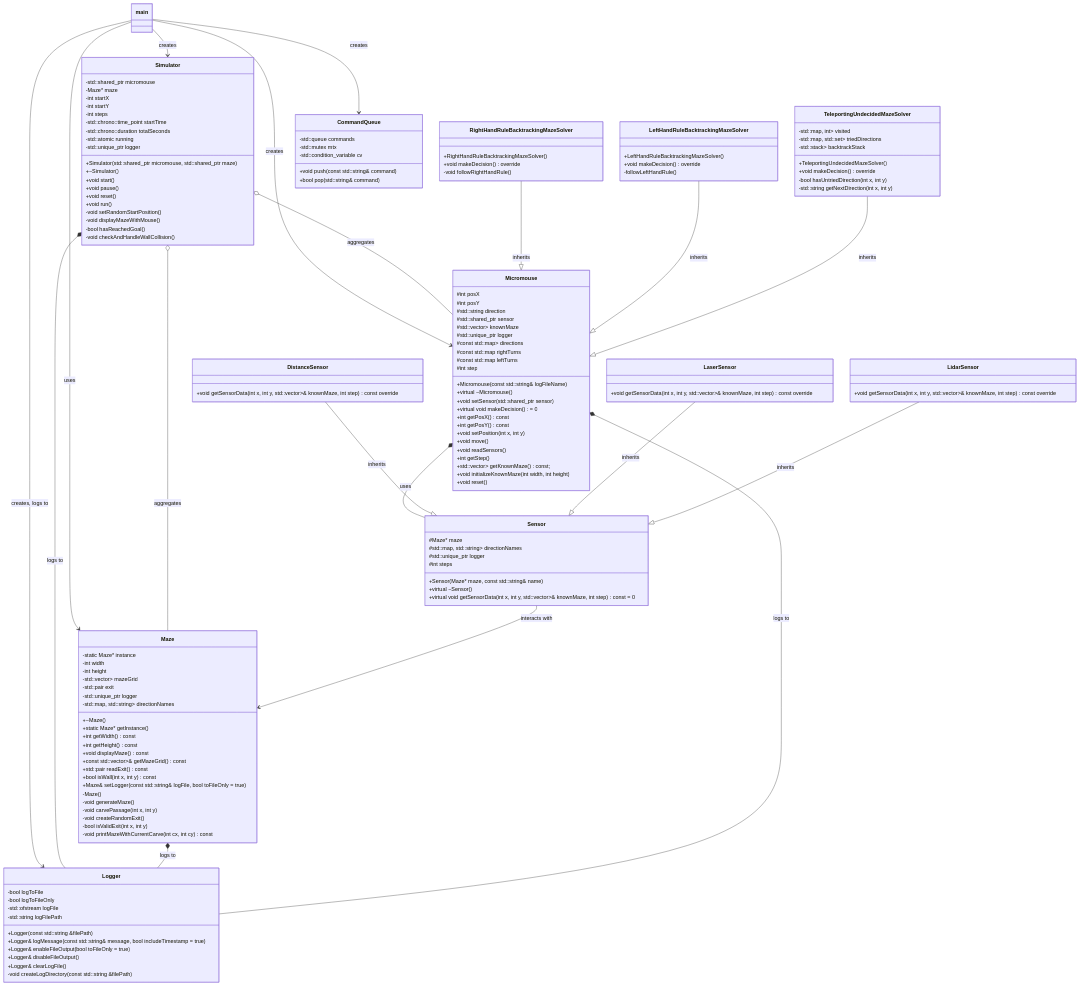
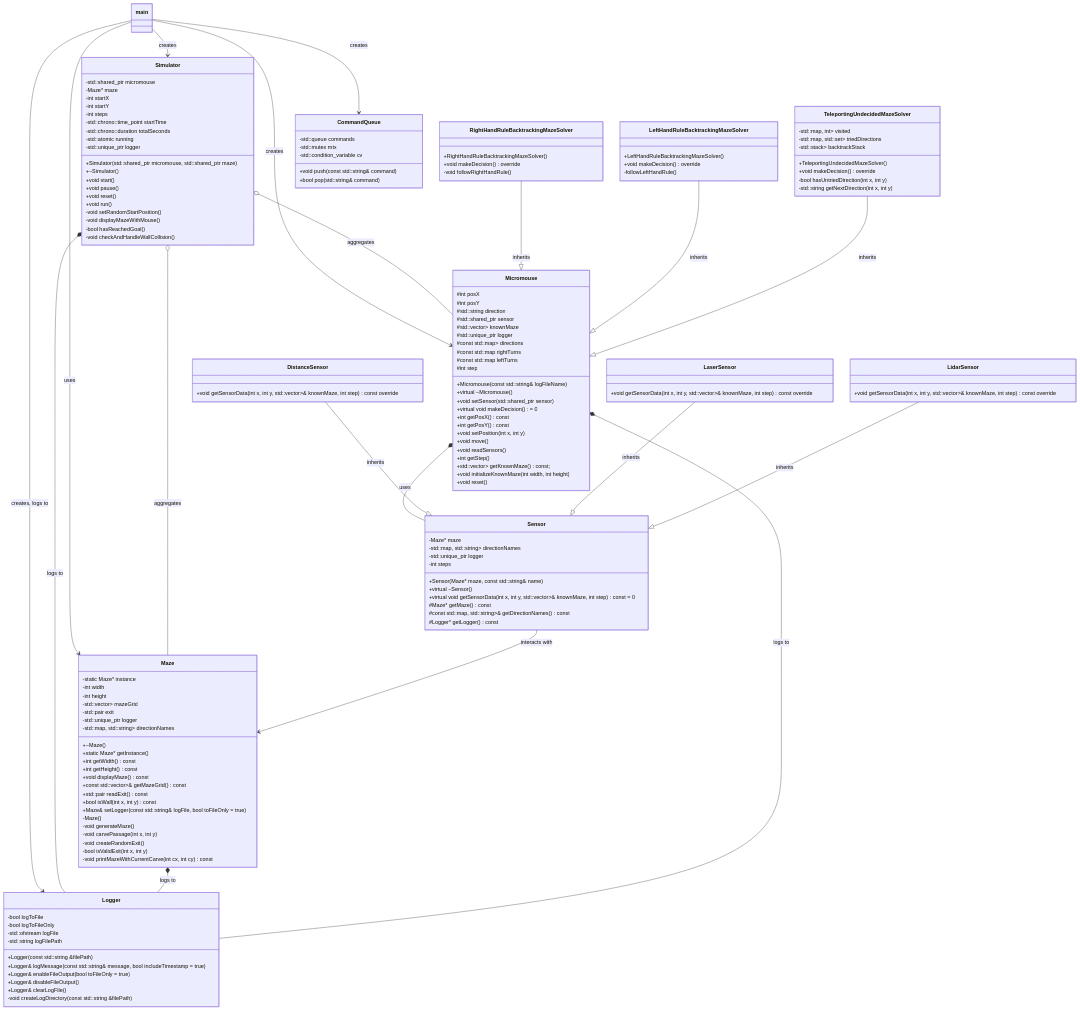
Before and after one commit to Gl0dny/micromouse-simulator: the diagram in README.md, drawn with Mermaid. The commit also changed 2 other files, not shown here.

Commit message:
protected fields -> private fields + getters - Sensor

```diff
--- a/README.md
+++ b/README.md
@@ -285,10 +285,13 @@
         +Sensor(Maze* maze, const std::string& name)
         +virtual ~Sensor()
         +virtual void getSensorData(int x, int y, std::vector<std::vector<int>>& knownMaze, int step) const = 0
-        #Maze* maze
-        #std::map<std::pair<int, int>, std::string> directionNames
-        #std::unique_ptr<Logger> logger
-        #int steps
+        #Maze* getMaze() const
+        #const std::map<std::pair<int, int>, std::string>& getDirectionNames() const
+        #Logger* getLogger() const
+        -Maze* maze
+        -std::map<std::pair<int, int>, std::string> directionNames
+        -std::unique_ptr<Logger> logger
+        -int steps
     }
     
     class Simulator {
```
